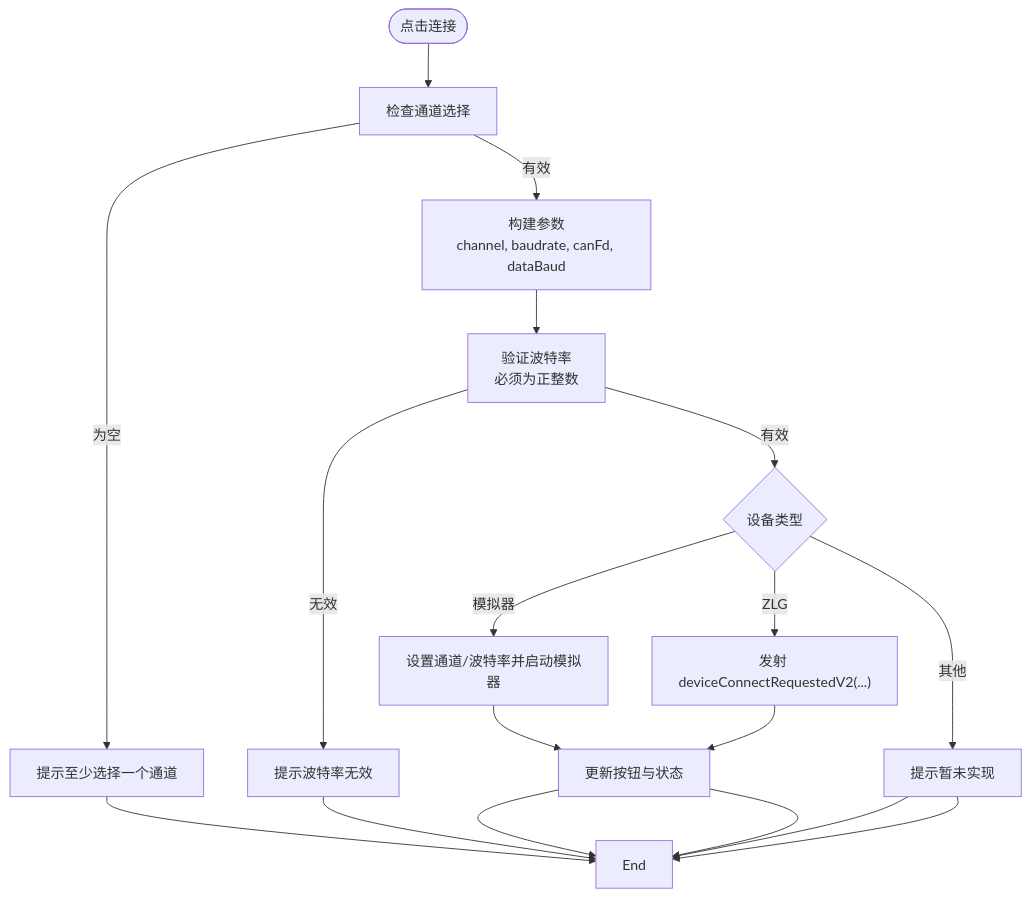
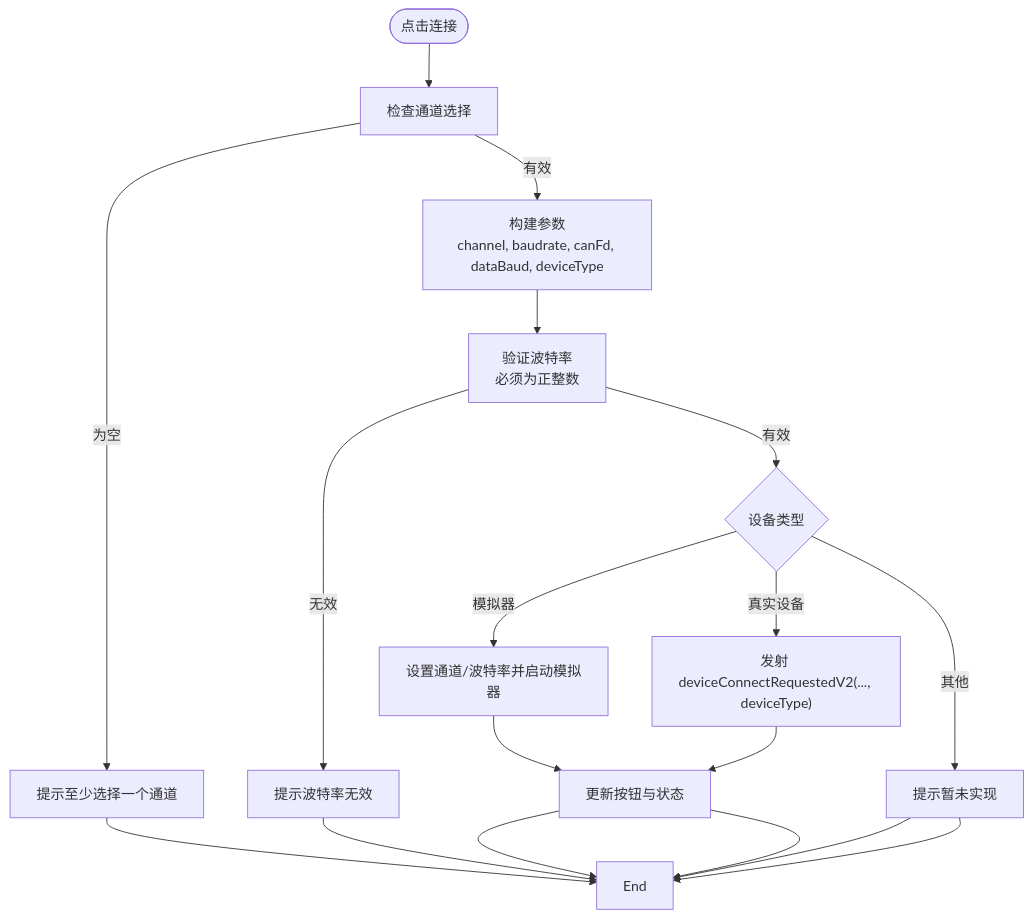
Before and after one commit to jakecai1225-design/OpenBus: the third of 5 diagrams in .qoder/repowiki/zh/content/架构设计/UI系统设计/设备连接界面.md, drawn with Mermaid. The commit also changed other lines of this file and 109 other files, not shown here.

````diff
--- a/.qoder/repowiki/zh/content/架构设计/UI系统设计/设备连接界面.md
+++ b/.qoder/repowiki/zh/content/架构设计/UI系统设计/设备连接界面.md
@@ -180,15 +181,15 @@
 ```mermaid
 flowchart TD
 Start(["点击"连接""]) --> CheckCh["检查通道选择"]
 CheckCh --> |为空| Warn["提示至少选择一个通道"] --> End
-CheckCh --> |有效| Build["构建参数<br/>channel, baudrate, canFd, dataBaud"]
+CheckCh --> |有效| Build["构建参数<br/>channel, baudrate, canFd, dataBaud, deviceType"]
 Build --> Validate["验证波特率<br/>必须为正整数"]
 Validate --> |无效| Error["提示波特率无效"] --> End
 Validate --> |有效| Kind{"设备类型"}
 Kind --> |模拟器| SimStart["设置通道/波特率并启动模拟器"]
-Kind --> |ZLG| EmitV2["发射 deviceConnectRequestedV2(...)"]
+Kind --> |真实设备| EmitV2["发射 deviceConnectRequestedV2(..., deviceType)"]
 Kind --> |其他| Info["提示暂未实现"] --> End
 SimStart --> UpdateUI["更新按钮与状态"] --> End
 EmitV2 --> UpdateUI --> End
 Info --> End
 ```
````
